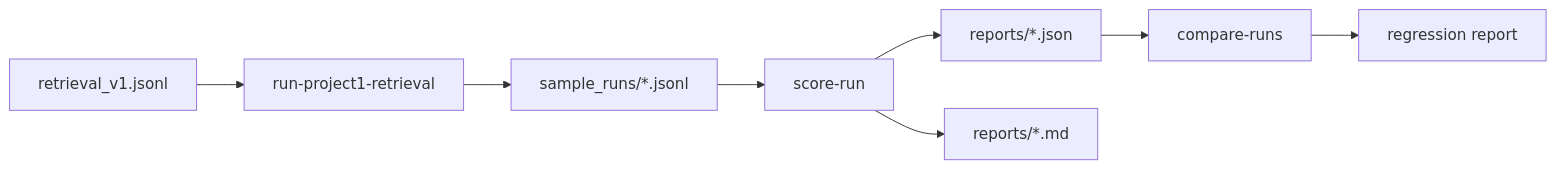
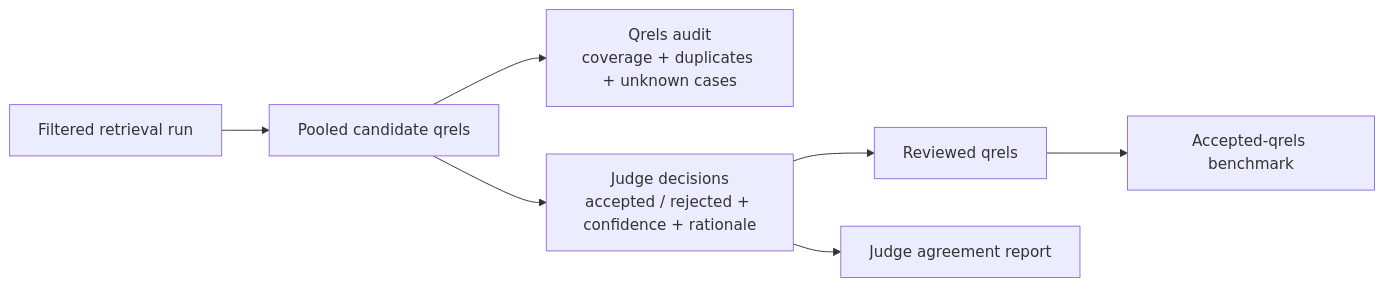
One commit to irenechenn/financial-rag-eval-suite changed the third of 3 diagrams in README.md. Above: the diagram before and after it, drawn with Mermaid. The commit also changed other lines of this file, not shown here.

````diff
--- a/README.md
+++ b/README.md
@@ -126,10 +109,9 @@
 ```mermaid
 flowchart LR
-    A["retrieval_v1.jsonl"] --> B["run-project1-retrieval"]
-    B --> C["sample_runs/*.jsonl"]
-    C --> D["score-run"]
-    D --> E["reports/*.json"]
-    D --> F["reports/*.md"]
-    E --> G["compare-runs"]
-    G --> H["regression report"]
+    A["Filtered retrieval run"] --> B["Pooled candidate qrels"]
+    B --> C["Qrels audit\ncoverage + duplicates + unknown cases"]
+    B --> D["Judge decisions\naccepted / rejected + confidence + rationale"]
+    D --> E["Reviewed qrels"]
+    E --> F["Accepted-qrels benchmark"]
+    D --> G["Judge agreement report"]
 ```
````
